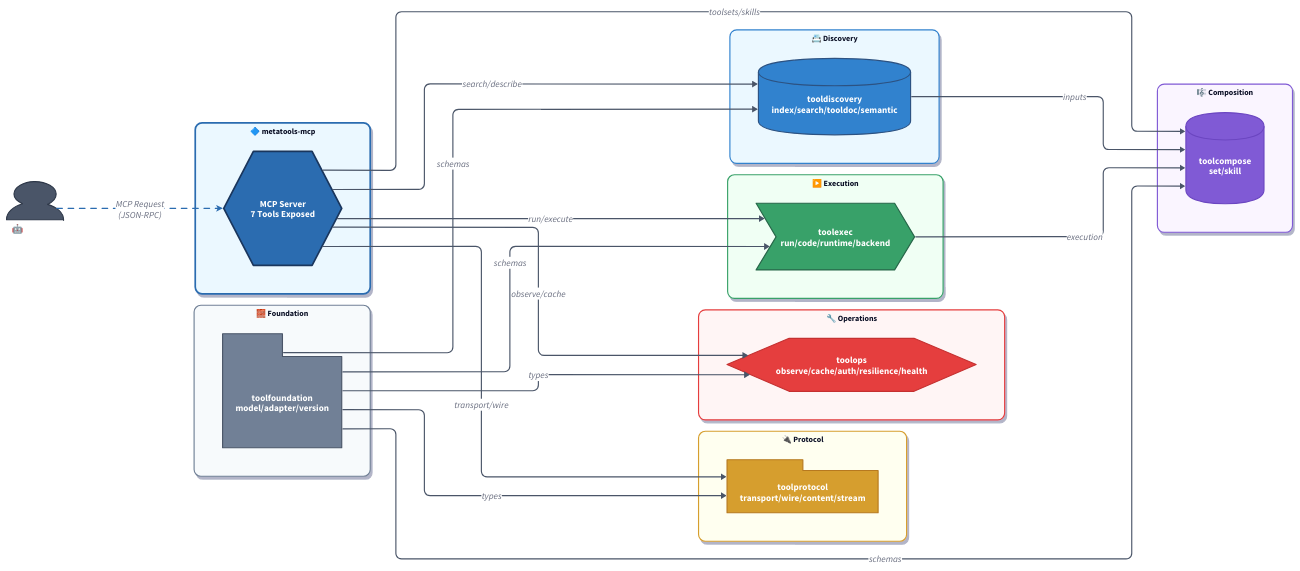
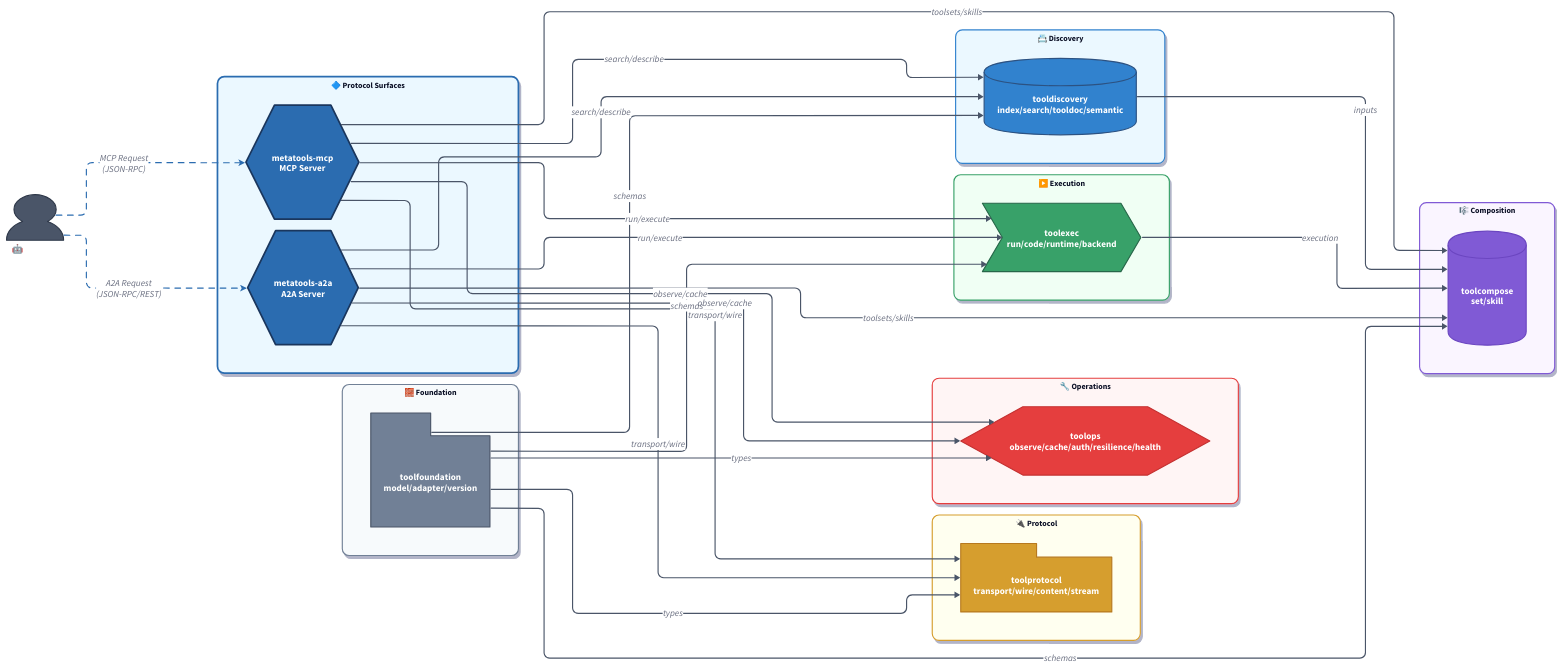
Before and after one commit to jonwraymond/ai-tools-stack: the diagram in docs/diagrams/stack-high-level-flow.d2, drawn with D2. The commit also changed 34 other files, not shown here.

```diff
--- a/docs/diagrams/stack-high-level-flow.d2
+++ b/docs/diagrams/stack-high-level-flow.d2
@@ -1,97 +1,105 @@
 # ApertureStack High-Level Data Flow (Consolidated)
 
 direction: right
 
 vars: {
   d2-config: {
     layout-engine: elk
     theme-id: 0
   }
   agent-fill: "#4a5568"
   surface-fill: "#2b6cb0"
   foundation-fill: "#718096"
   discovery-fill: "#3182ce"
   execution-fill: "#38a169"
   composition-fill: "#805ad5"
   operations-fill: "#e53e3e"
   protocol-fill: "#d69e2e"
 }
 
 classes: {
   container: { style: { border-radius: 12; shadow: true; font-size: 14; bold: true } }
   agent-style: { style: { fill: ${agent-fill}; stroke: "#2d3748"; stroke-width: 2; font-color: "#fff" } }
   surface-style: { style: { fill: ${surface-fill}; stroke: "#1a365d"; stroke-width: 3; font-color: "#fff" } }
   foundation-style: { style: { fill: ${foundation-fill}; stroke: "#4a5568"; stroke-width: 2; font-color: "#fff" } }
   discovery-style: { style: { fill: ${discovery-fill}; stroke: "#2c5282"; stroke-width: 2; font-color: "#fff" } }
   execution-style: { style: { fill: ${execution-fill}; stroke: "#276749"; stroke-width: 2; font-color: "#fff" } }
   composition-style: { style: { fill: ${composition-fill}; stroke: "#6b46c1"; stroke-width: 2; font-color: "#fff" } }
   operations-style: { style: { fill: ${operations-fill}; stroke: "#c53030"; stroke-width: 2; font-color: "#fff" } }
   protocol-style: { style: { fill: ${protocol-fill}; stroke: "#b7791f"; stroke-width: 2; font-color: "#fff" } }
   request-flow: { style: { stroke: "#2b6cb0"; stroke-width: 2; animated: true } }
   data-flow: { style: { stroke: "#4a5568"; stroke-width: 2 } }
 }
 
 agent: "🤖 AI Agent" {
   shape: person
   class: agent-style
   width: 100
 }
 
-surface: "🔷 metatools-mcp" {
+surface: "🔷 Protocol Surfaces" {
   class: container
   style: { fill: "#ebf8ff"; stroke: ${surface-fill}; stroke-width: 3 }
-  metatools: "MCP Server\n7 Tools Exposed" { shape: hexagon; class: surface-style }
+  metatools: "metatools-mcp\nMCP Server" { shape: hexagon; class: surface-style }
+  metatools_a2a: "metatools-a2a\nA2A Server" { shape: hexagon; class: surface-style }
 }
 
 foundation: "🧱 Foundation" {
   class: container
   style: { fill: "#f7fafc"; stroke: ${foundation-fill} }
   toolfoundation: "toolfoundation\nmodel/adapter/version" { shape: package; class: foundation-style }
 }
 
 discovery: "📇 Discovery" {
   class: container
   style: { fill: "#ebf8ff"; stroke: ${discovery-fill} }
   tooldiscovery: "tooldiscovery\nindex/search/tooldoc/semantic" { shape: cylinder; class: discovery-style }
 }
 
 execution: "▶️ Execution" {
   class: container
   style: { fill: "#f0fff4"; stroke: ${execution-fill} }
   toolexec: "toolexec\nrun/code/runtime/backend" { shape: step; class: execution-style }
 }
 
 composition: "🎼 Composition" {
   class: container
   style: { fill: "#faf5ff"; stroke: ${composition-fill} }
   toolcompose: "toolcompose\nset/skill" { shape: cylinder; class: composition-style }
 }
 
 operations: "🔧 Operations" {
   class: container
   style: { fill: "#fff5f5"; stroke: ${operations-fill} }
   toolops: "toolops\nobserve/cache/auth/resilience/health" { shape: hexagon; class: operations-style }
 }
 
 protocol: "🔌 Protocol" {
   class: container
   style: { fill: "#fffff0"; stroke: ${protocol-fill} }
   toolprotocol: "toolprotocol\ntransport/wire/content/stream" { shape: package; class: protocol-style }
 }
 
 agent -> surface.metatools: "MCP Request\n(JSON-RPC)" { class: request-flow; target-arrowhead.shape: arrow }
+agent -> surface.metatools_a2a: "A2A Request\n(JSON-RPC/REST)" { class: request-flow; target-arrowhead.shape: arrow }
 
 surface.metatools -> discovery.tooldiscovery: "search/describe" { class: data-flow }
 surface.metatools -> execution.toolexec: "run/execute" { class: data-flow }
 surface.metatools -> composition.toolcompose: "toolsets/skills" { class: data-flow }
 surface.metatools -> operations.toolops: "observe/cache" { class: data-flow }
 surface.metatools -> protocol.toolprotocol: "transport/wire" { class: data-flow }
+
+surface.metatools_a2a -> discovery.tooldiscovery: "search/describe" { class: data-flow }
+surface.metatools_a2a -> execution.toolexec: "run/execute" { class: data-flow }
+surface.metatools_a2a -> composition.toolcompose: "toolsets/skills" { class: data-flow }
+surface.metatools_a2a -> operations.toolops: "observe/cache" { class: data-flow }
+surface.metatools_a2a -> protocol.toolprotocol: "transport/wire" { class: data-flow }
 
 foundation.toolfoundation -> discovery.tooldiscovery: "schemas" { class: data-flow }
 foundation.toolfoundation -> execution.toolexec: "schemas" { class: data-flow }
 foundation.toolfoundation -> composition.toolcompose: "schemas" { class: data-flow }
 foundation.toolfoundation -> operations.toolops: "types" { class: data-flow }
 foundation.toolfoundation -> protocol.toolprotocol: "types" { class: data-flow }
 
 discovery.tooldiscovery -> composition.toolcompose: "inputs" { class: data-flow }
 execution.toolexec -> composition.toolcompose: "execution" { class: data-flow }
```
